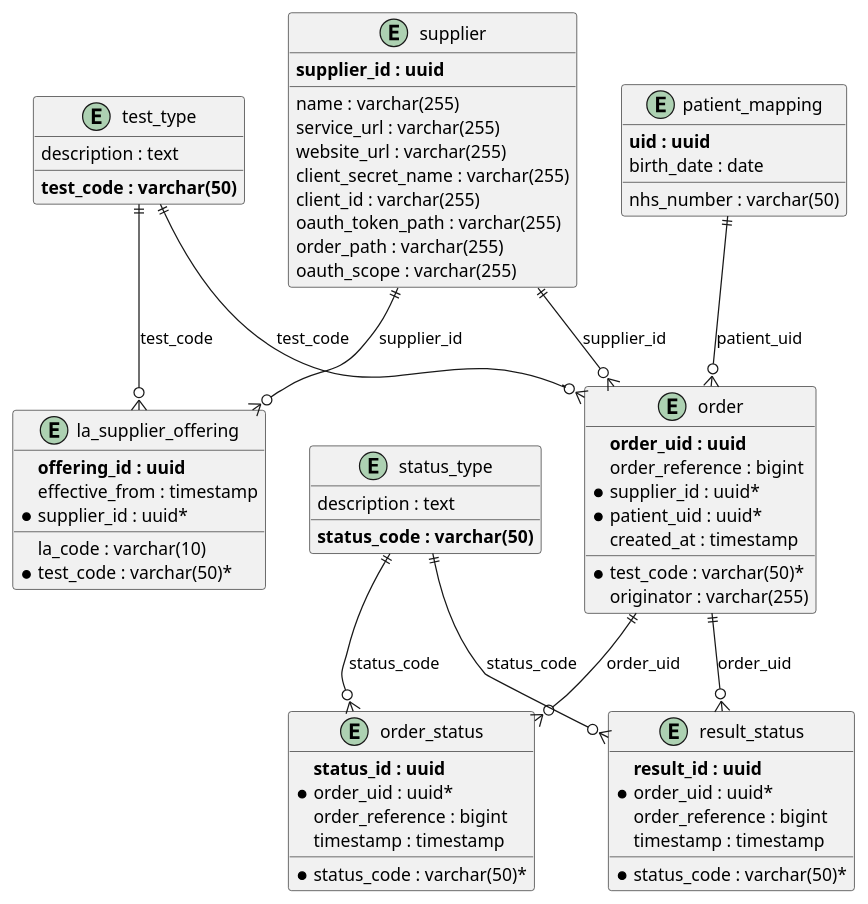
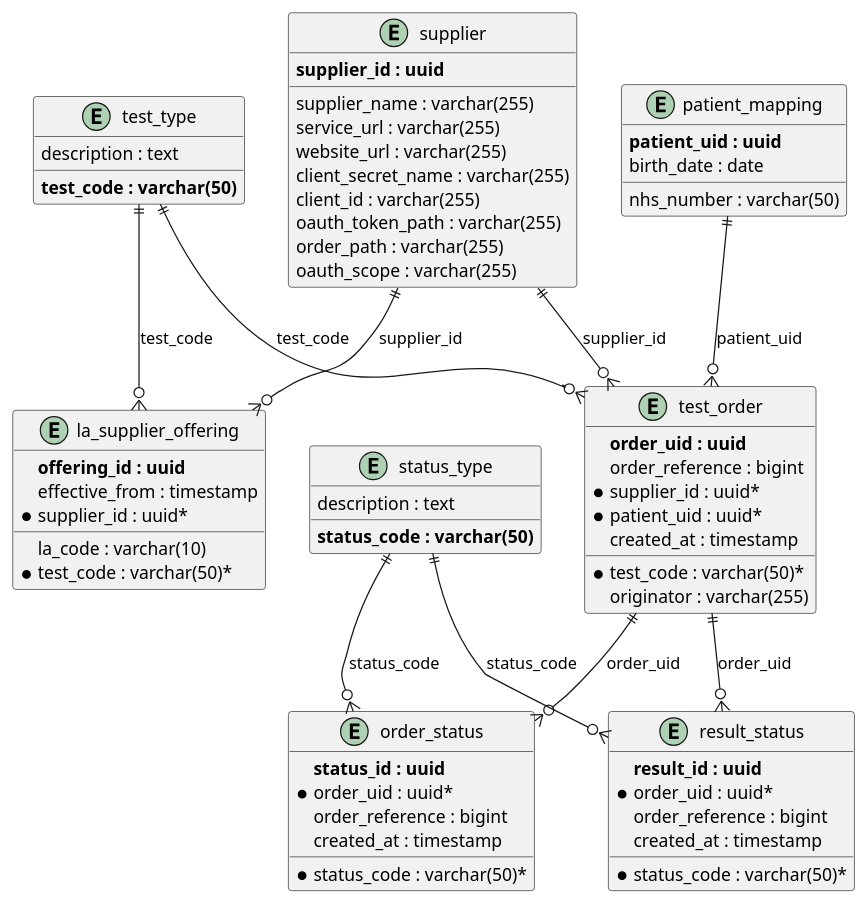
One commit to NHSDigital/hometest-service changed the diagram in database/schema_diagram.puml. Above: the diagram before and after it, drawn with PlantUML. The commit also changed 4 other files, not shown here.

Commit message:
chore: remove-keywords-from-schemas

```diff
--- a/database/schema_diagram.puml
+++ b/database/schema_diagram.puml
@@ -1,78 +1,78 @@
 @startuml
 entity "patient_mapping" as patient {
-  **uid : uuid**
+  **patient_uid : uuid**
   nhs_number : varchar(50)
   birth_date : date
 }
 
 entity "test_type" as test {
   **test_code : varchar(50)**
   description : text
 }
 
 entity "supplier" as supplier {
   **supplier_id : uuid**
-  name : varchar(255)
+  supplier_name : varchar(255)
   service_url : varchar(255)
   website_url : varchar(255)
   client_secret_name : varchar(255)
   client_id : varchar(255)
   oauth_token_path : varchar(255)
   order_path : varchar(255)
   oauth_scope : varchar(255)
 }
 
 entity "la_supplier_offering" as offering {
   **offering_id : uuid**
   la_code : varchar(10)
   effective_from : timestamp
   *supplier_id : uuid*
   *test_code : varchar(50)*
 }
 
-entity "order" as orders {
+entity "test_order" as orders {
   **order_uid : uuid**
   order_reference : bigint
   *supplier_id : uuid*
   *patient_uid : uuid*
   *test_code : varchar(50)*
   originator : varchar(255)
   created_at : timestamp
 }
 
 entity "status_type" as status_type {
   **status_code : varchar(50)**
   description : text
 }
 
 entity "order_status" as order_status {
   **status_id : uuid**
   *order_uid : uuid*
   order_reference : bigint
   *status_code : varchar(50)*
-  timestamp : timestamp
+  created_at : timestamp
 }
 
 entity "result_status" as result_status {
   **result_id : uuid**
   *order_uid : uuid*
   order_reference : bigint
   *status_code : varchar(50)*
-  timestamp : timestamp
+  created_at : timestamp
 }
 
 ' Relationships
 patient ||--o{ orders : "patient_uid"
 supplier ||--o{ orders : "supplier_id"
 test ||--o{ orders : "test_code"
 
 supplier ||--o{ offering : "supplier_id"
 test ||--o{ offering : "test_code"
 
 orders ||--o{ order_status : "order_uid"
 orders ||--o{ result_status : "order_uid"
 
 status_type ||--o{ order_status : "status_code"
 status_type ||--o{ result_status : "status_code"
 
 @enduml
```
